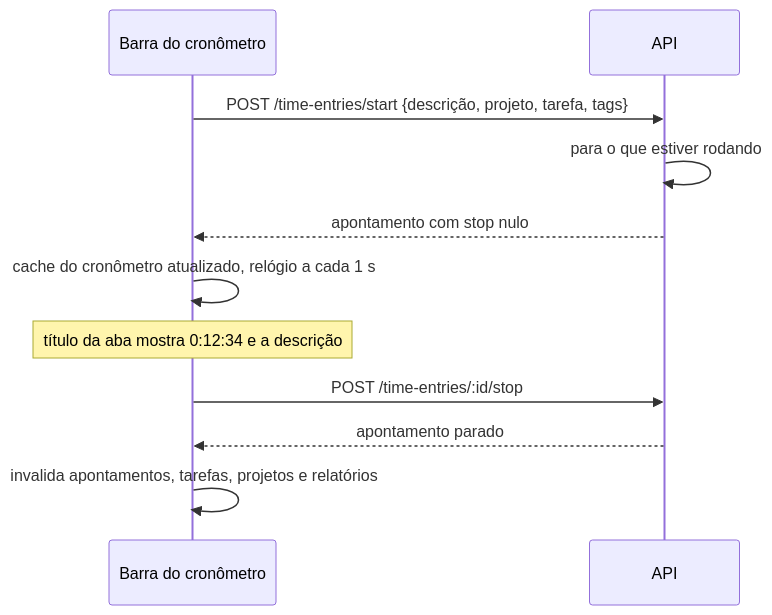
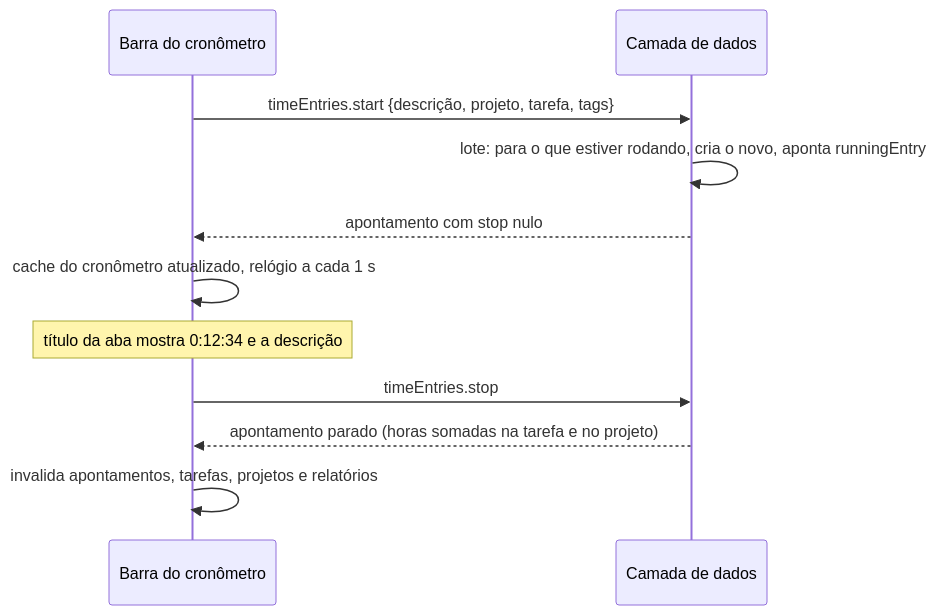
The fourth of 6 diagrams in docs/07-fluxos-aplicacao.md (RuanPS01/open-task-tracker), drawn with Mermaid before and after one commit. The commit also changed other lines of this file and 12 other files, not shown here.

````diff
--- a/docs/07-fluxos-aplicacao.md
+++ b/docs/07-fluxos-aplicacao.md
@@ -42,13 +94,13 @@
 ```mermaid
 sequenceDiagram
   participant B as Barra do cronômetro
-  participant A as API
-  B->>A: POST /time-entries/start {descrição, projeto, tarefa, tags}
-  A->>A: para o que estiver rodando
-  A-->>B: apontamento com stop nulo
+  participant D as Camada de dados
+  B->>D: timeEntries.start {descrição, projeto, tarefa, tags}
+  D->>D: lote: para o que estiver rodando, cria o novo, aponta runningEntry
+  D-->>B: apontamento com stop nulo
   B->>B: cache do cronômetro atualizado, relógio a cada 1 s
   Note over B: título da aba mostra 0:12:34 e a descrição
-  B->>A: POST /time-entries/:id/stop
-  A-->>B: apontamento parado
+  B->>D: timeEntries.stop
+  D-->>B: apontamento parado (horas somadas na tarefa e no projeto)
   B->>B: invalida apontamentos, tarefas, projetos e relatórios
 ```
````
